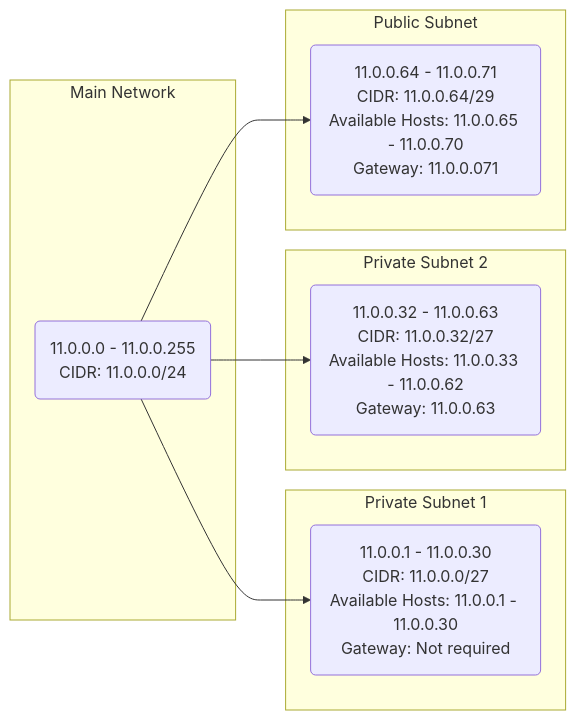
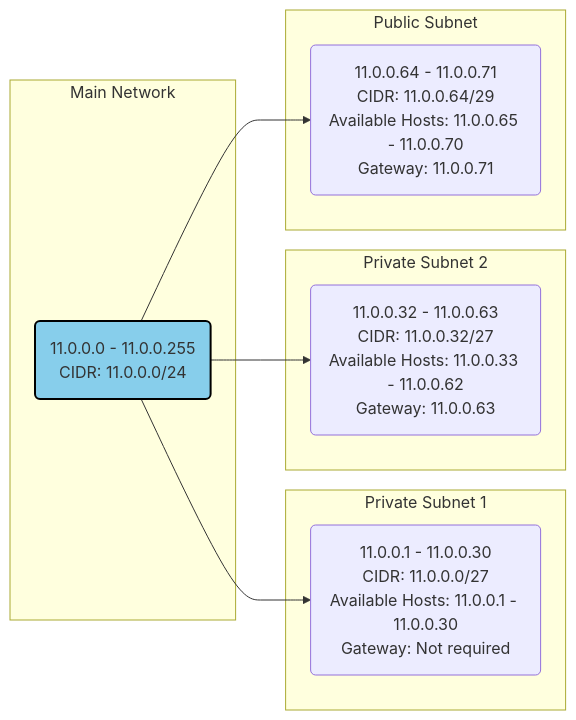
The diagram in 02_NTW/02_NTW_06_Subnetten/verslag.md (techgrounds/techgrounds-techgroundsStudent), drawn with Mermaid before and after one commit.

````diff
--- a/02_NTW/02_NTW_06_Subnetten/verslag.md
+++ b/02_NTW/02_NTW_06_Subnetten/verslag.md
@@ -17,24 +17,26 @@
 ```mermaid
 graph LR;
 
 subgraph Main Network
-    subnet11(11.0.0.0 - 11.0.0.255<br/>CIDR: 11.0.0.0/24)
+    style subnet11 fill:#87CEEB,stroke:#000000,stroke-width:2px;
+    subnet11(11.0.0.0 - 11.0.0.255<br/>CIDR: 11.0.0.0/24);
 end;
 
 subgraph Private Subnet 1
-    subnet1(11.0.0.1 - 11.0.0.30<br/>CIDR: 11.0.0.0/27<br/>Available Hosts: 11.0.0.1 - 11.0.0.30<br/>Gateway: Not required)
+    subnet1(11.0.0.1 - 11.0.0.30<br/>CIDR: 11.0.0.0/27<br/>Available Hosts: 11.0.0.1 - 11.0.0.30<br/>Gateway: Not required);
 end;
 
 subgraph Private Subnet 2
-    subnet2(11.0.0.32 - 11.0.0.63<br/>CIDR: 11.0.0.32/27<br/>Available Hosts: 11.0.0.33 - 11.0.0.62<br/>Gateway: 11.0.0.63)
+    subnet2(11.0.0.32 - 11.0.0.63<br/>CIDR: 11.0.0.32/27<br/>Available Hosts: 11.0.0.33 - 11.0.0.62<br/>Gateway: 11.0.0.63);
 end;
 
 subgraph Public Subnet
-    subnetPublic(11.0.0.64 - 11.0.0.71<br/>CIDR: 11.0.0.64/29<br/>Available Hosts: 11.0.0.65 - 11.0.0.70<br/>Gateway: 11.0.0.071)
+    subnetPublic(11.0.0.64 - 11.0.0.71<br/>CIDR: 11.0.0.64/29<br/>Available Hosts: 11.0.0.65 - 11.0.0.70<br/>Gateway: 11.0.0.71);
 end;
 
 subnet11 --> subnet1;
 subnet11 --> subnet2;
 subnet11 --> subnetPublic;
 
+
 ```
````
